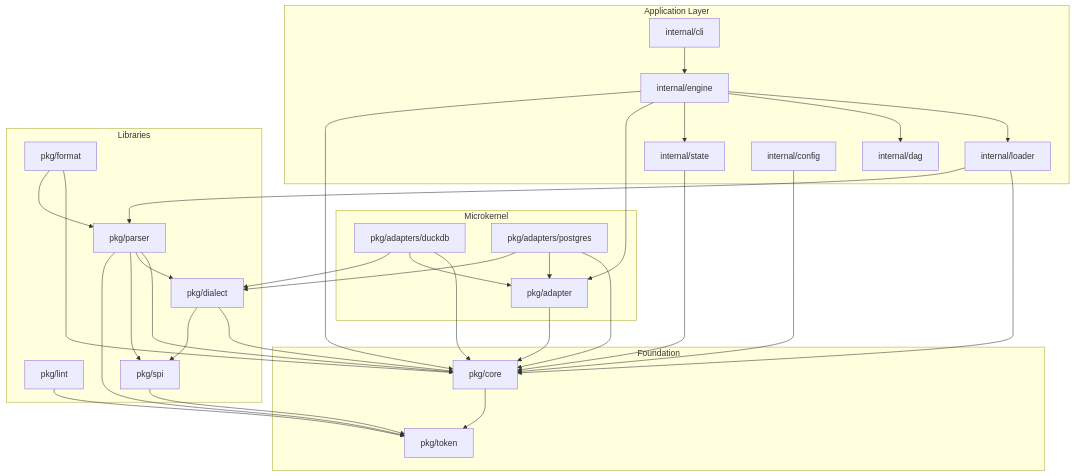
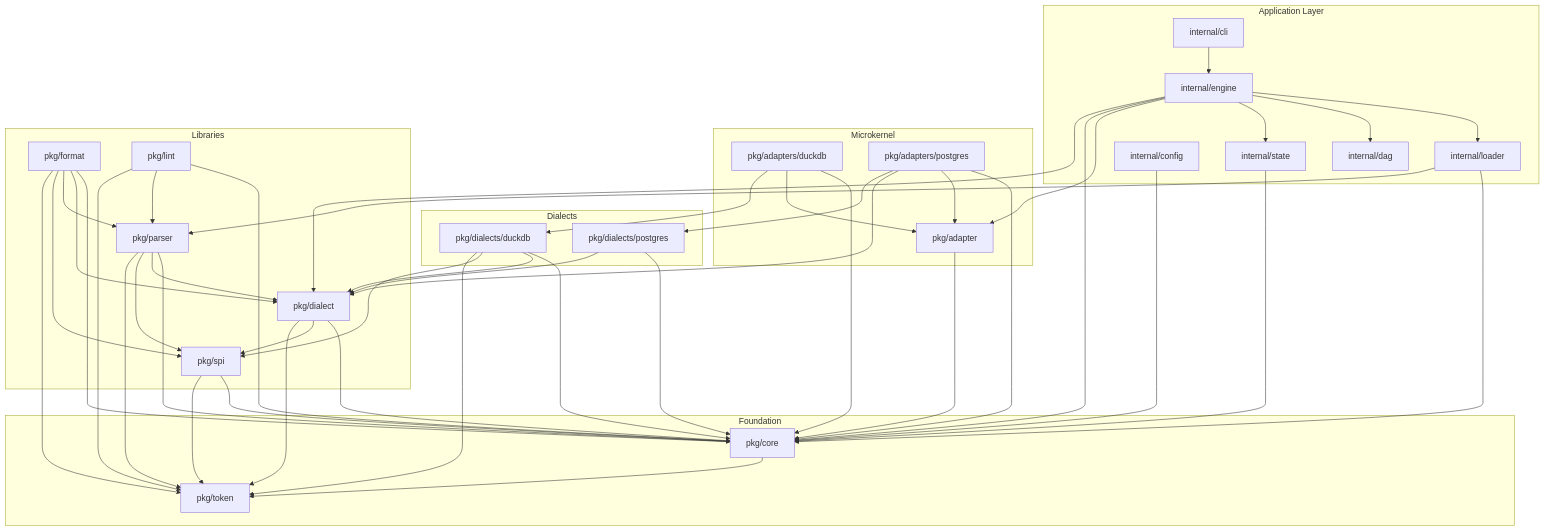
One commit to leapstack-labs/leapsql changed the diagram in spec/architecture.md. Above: the diagram before and after it, drawn with Mermaid. The commit also changed other lines of this file and 27 other files, not shown here.

````diff
--- a/spec/architecture.md
+++ b/spec/architecture.md
@@ -176,8 +186,13 @@
 
     subgraph "Microkernel"
         AdapterReg[pkg/adapter]
-        DuckDB[pkg/adapters/duckdb]
-        Postgres[pkg/adapters/postgres]
+        DuckDBAdapter[pkg/adapters/duckdb]
+        PostgresAdapter[pkg/adapters/postgres]
+    end
+
+    subgraph "Dialects"
+        DuckDBDialect[pkg/dialects/duckdb]
+        PostgresDialect[pkg/dialects/postgres]
     end
 
     subgraph "Libraries"
@@ -200,6 +215,7 @@
     Engine --> State
     Engine --> AdapterReg
     Engine --> Core
+    Engine --> DialectPkg
     Loader --> Core
     Loader --> Parser
     State --> Core
@@ -211,21 +227,37 @@
     Parser --> SPI
     Parser --> Token
     Format --> Core
+    Format --> DialectPkg
     Format --> Parser
+    Format --> SPI
+    Format --> Token
     DialectPkg --> Core
     DialectPkg --> SPI
+    DialectPkg --> Token
+    Lint --> Core
+    Lint --> Parser
     Lint --> Token
+    SPI --> Core
     SPI --> Token
 
-    %% Microkernel → Core
+    %% Dialects → Core/Dialect/SPI (NOT Parser)
+    DuckDBDialect --> Core
+    DuckDBDialect --> DialectPkg
+    DuckDBDialect --> SPI
+    DuckDBDialect --> Token
+    PostgresDialect --> Core
+    PostgresDialect --> DialectPkg
+
+    %% Microkernel → Core (adapter registry is strict)
     AdapterReg --> Core
-    DuckDB --> Core
-    DuckDB --> AdapterReg
-    DuckDB --> DialectPkg
-    Postgres --> Core
-    Postgres --> AdapterReg
-    Postgres --> DialectPkg
+    DuckDBAdapter --> Core
+    DuckDBAdapter --> AdapterReg
+    DuckDBAdapter --> DuckDBDialect
+    PostgresAdapter --> Core
+    PostgresAdapter --> AdapterReg
+    PostgresAdapter --> DialectPkg
+    PostgresAdapter --> PostgresDialect
 
-    %% Core → Foundation ONLY (NOT SPI!)
+    %% Core → Foundation ONLY
     Core --> Token
 ```
````
